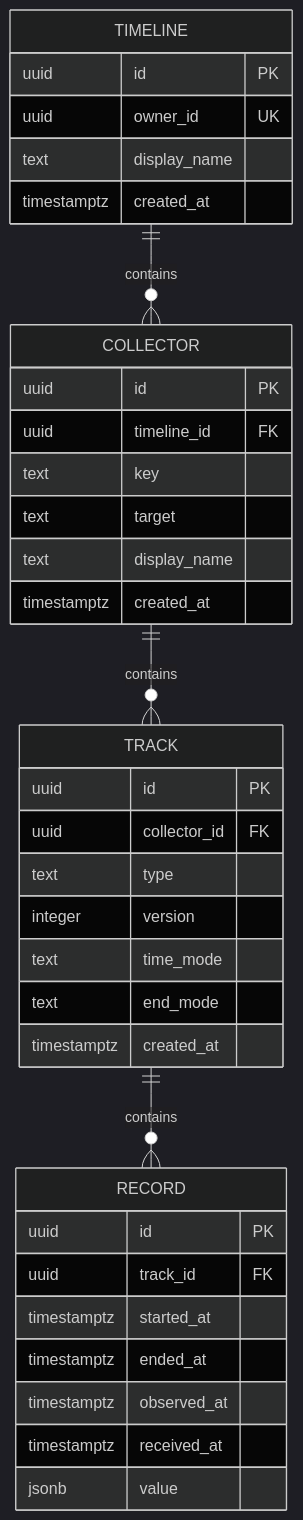
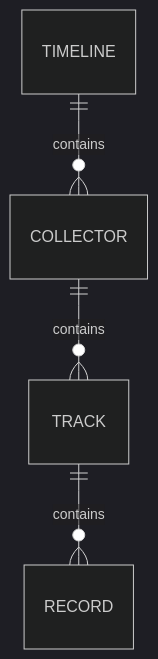
The diagram in docs/recording-storage-model.md (shenxianovo/Heartbeat), drawn with Mermaid (dark theme) before and after one commit. The commit also changed other lines of this file and 26 other files, not shown here.

````diff
--- a/docs/recording-storage-model.md
+++ b/docs/recording-storage-model.md
@@ -11,42 +7,6 @@
 ```mermaid
 erDiagram
     TIMELINE ||--o{ COLLECTOR : contains
     COLLECTOR ||--o{ TRACK : contains
     TRACK ||--o{ RECORD : contains
-
-    TIMELINE {
-        uuid id PK
-        uuid owner_id UK
-        text display_name
-        timestamptz created_at
-    }
-
-    COLLECTOR {
-        uuid id PK
-        uuid timeline_id FK
-        text key
-        text target
-        text display_name
-        timestamptz created_at
-    }
-
-    TRACK {
-        uuid id PK
-        uuid collector_id FK
-        text type
-        integer version
-        text time_mode
-        text end_mode
-        timestamptz created_at
-    }
-
-    RECORD {
-        uuid id PK
-        uuid track_id FK
-        timestamptz started_at
-        timestamptz ended_at
-        timestamptz observed_at
-        timestamptz received_at
-        jsonb value
-    }
 ```
````
